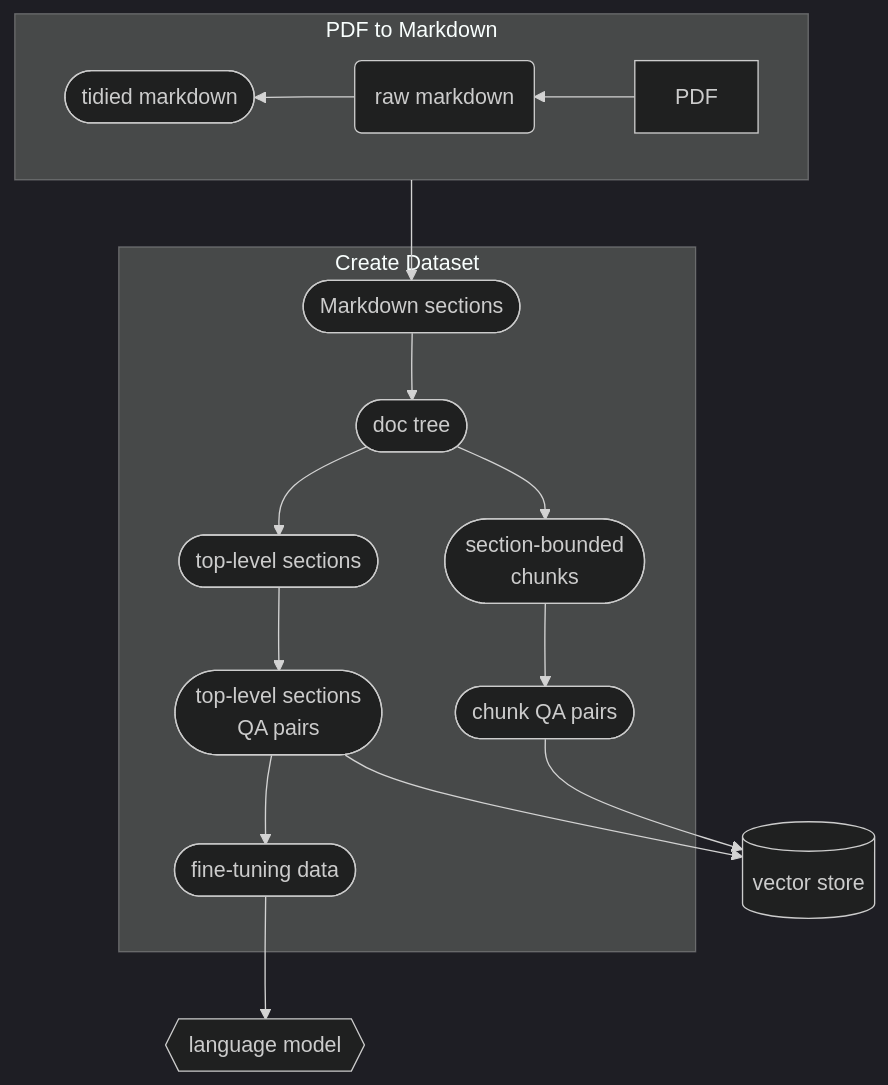
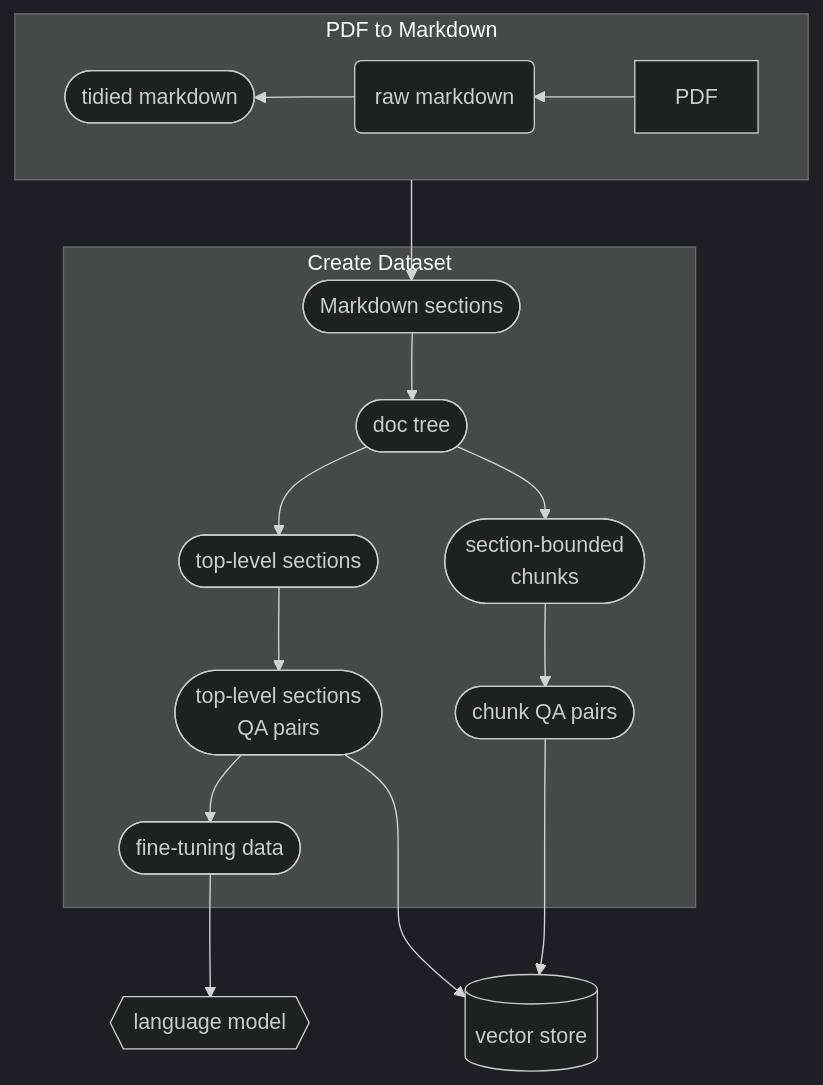
Before and after one commit to lone17/docqa: the first of 2 diagrams in README.md, drawn with Mermaid (dark theme). The commit also changed other lines of this file and 3 other files, not shown here.

````diff
--- a/README.md
+++ b/README.md
@@ -117,24 +118,24 @@
 ```mermaid
 flowchart TB
     subgraph pdf-to-md[PDF to Markdown]
         direction RL
         pdf[PDF] --> raw-md(raw markdown)
         raw-md --> tidied-md([tidied markdown])
     end
 
     subgraph create-dataset[Create Dataset]
         tidied-md --> sections([Markdown sections])
         sections --> doc-tree([doc tree])
         doc-tree --> top-lv([top-level sections])
         doc-tree --> chunks([section-bounded\nchunks])
         top-lv --> top-lv-qa([top-level sections\nQA pairs])
         top-lv-qa --> finetune-data([fine-tuning data])
         chunks --> chunks-qa([chunk QA pairs])
     end
 
 
         finetune-data --> lm{{language model}}
 
         top-lv-qa --> vector-store[(vector store)]
-        chunks-qa --> vector-store
+        chunks-qa ---> vector-store
 ```
````
